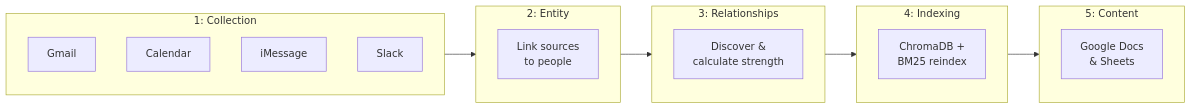
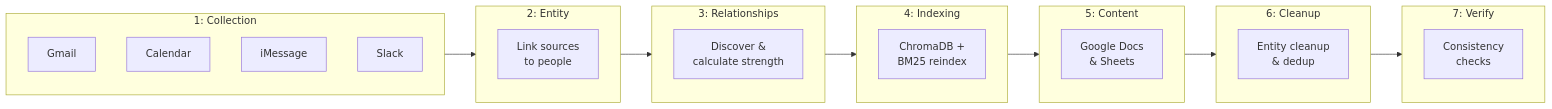
The second of 3 diagrams in README.md (nbramia/LifeOS), drawn with Mermaid before and after one commit. The commit also changed other lines of this file and 7 other files, not shown here.

````diff
--- a/README.md
+++ b/README.md
@@ -168,32 +191,42 @@
 ```mermaid
 flowchart LR
     subgraph P1["1: Collection"]
         direction TB
         G1[Gmail]
         C1[Calendar]
         IM[iMessage]
         Sl[Slack]
     end
 
     subgraph P2["2: Entity"]
         direction TB
         Link["Link sources\nto people"]
     end
 
     subgraph P3["3: Relationships"]
         direction TB
         Rel["Discover &\ncalculate strength"]
     end
 
     subgraph P4["4: Indexing"]
         direction TB
         Idx["ChromaDB +\nBM25 reindex"]
     end
 
     subgraph P5["5: Content"]
         direction TB
         Con["Google Docs\n& Sheets"]
     end
 
-    P1 --> P2 --> P3 --> P4 --> P5
+    subgraph P6["6: Cleanup"]
+        direction TB
+        Clean["Entity cleanup\n& dedup"]
+    end
+
+    subgraph P7["7: Verify"]
+        direction TB
+        Ver["Consistency\nchecks"]
+    end
+
+    P1 --> P2 --> P3 --> P4 --> P5 --> P6 --> P7
 ```
````
